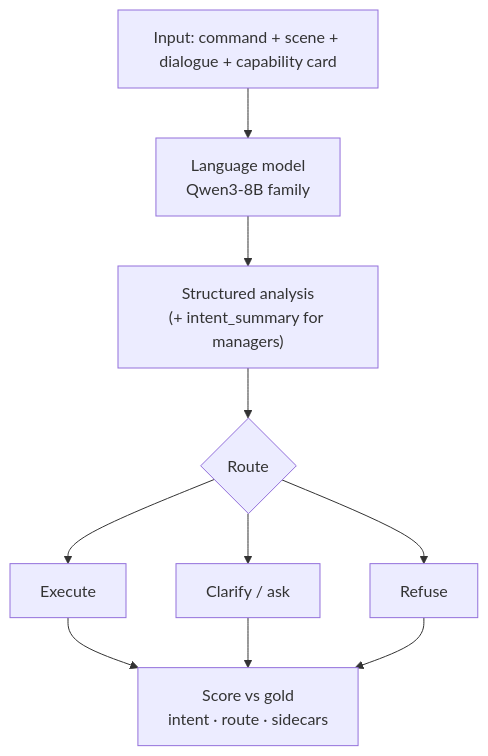
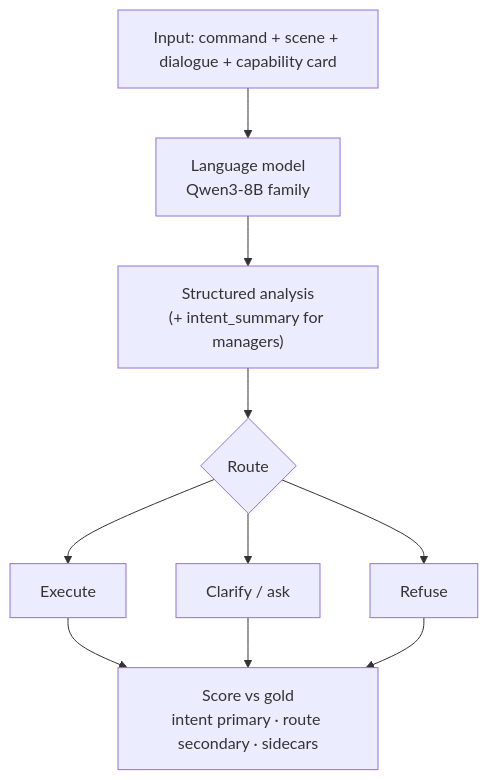
One commit to huziibee/Research_Report changed the first of 5 diagrams in 05-methodology.md. Above: the diagram before and after it, drawn with Mermaid. The commit also changed other lines of this file and 9 other files, not shown here.

````diff
--- a/05-methodology.md
+++ b/05-methodology.md
@@ -7,12 +7,12 @@
 ```mermaid
 flowchart TD
   I["Input: command + scene + dialogue + capability card"] --> M["Language model\nQwen3-8B family"]
   M --> A["Structured analysis\n(+ intent_summary for managers)"]
   A --> R{"Route"}
   R --> E["Execute"]
   R --> C["Clarify / ask"]
   R --> F["Refuse"]
-  E --> S["Score vs gold\nintent · route · sidecars"]
+  E --> S["Score vs gold\nintent primary · route secondary · sidecars"]
   C --> S
   F --> S
 ```
````
